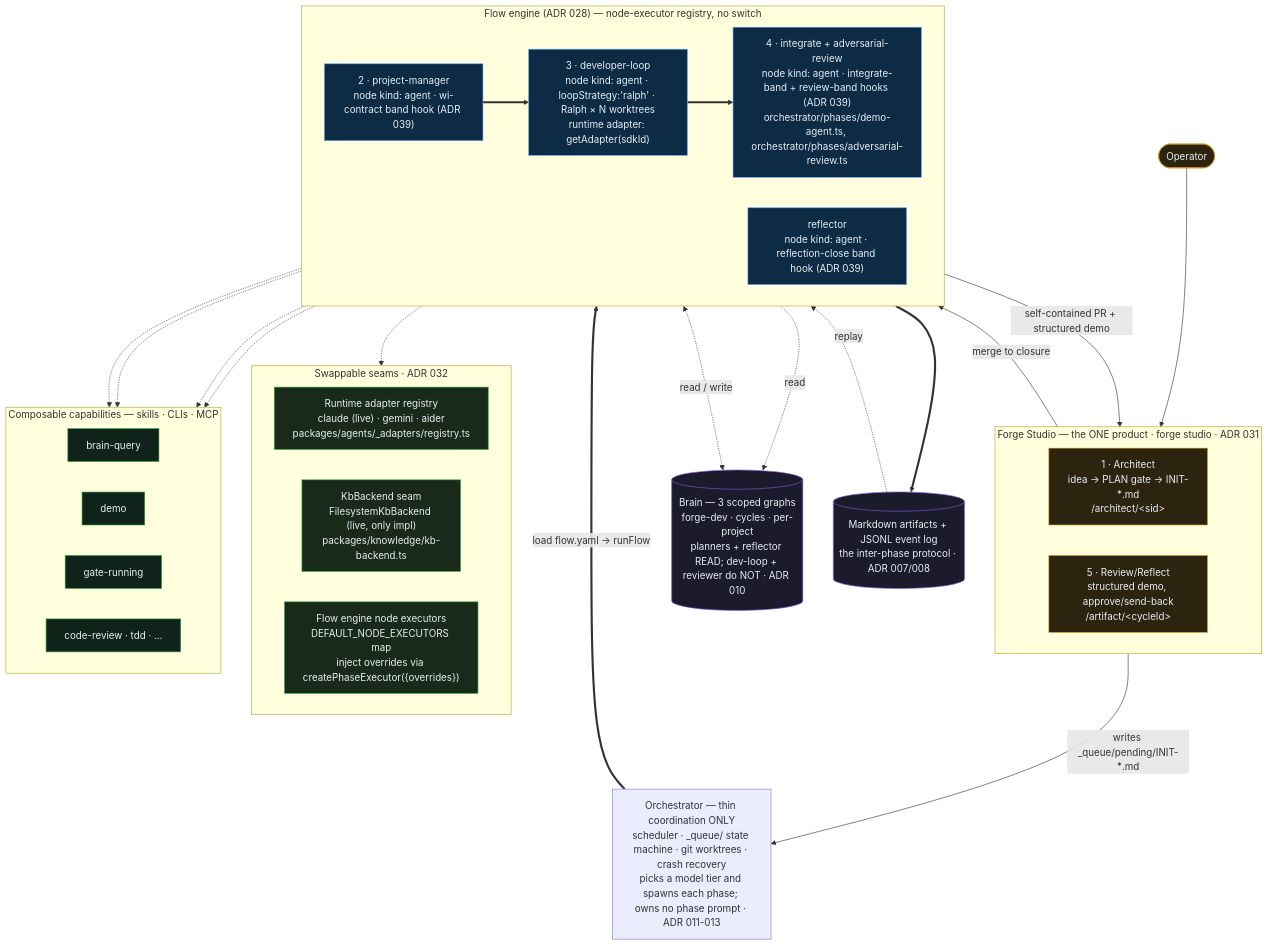
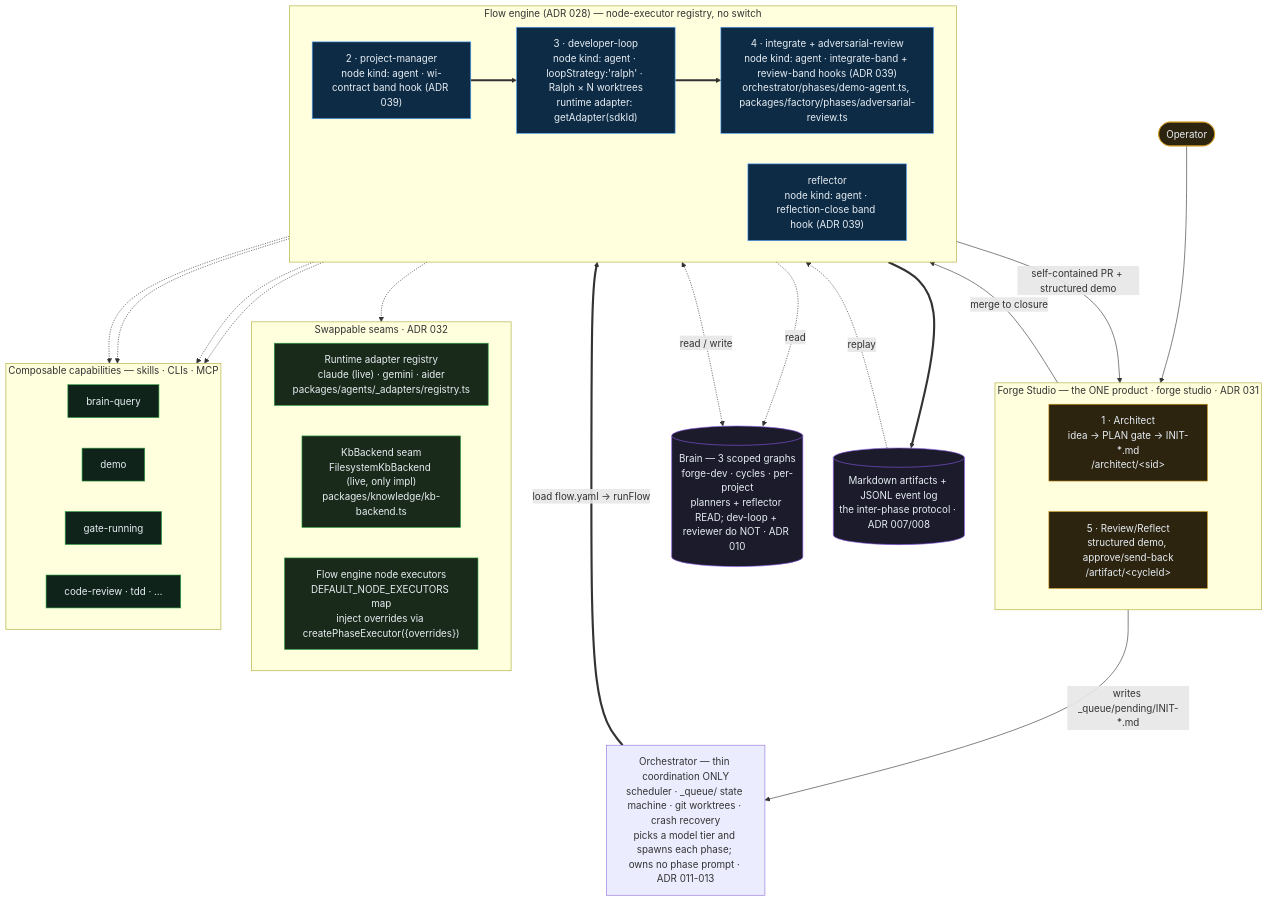
Before and after one commit to parsoFish/forge-studio: the diagram in ARCHITECTURE.md, drawn with Mermaid. The commit also changed other lines of this file and 476 other files, not shown here.

````diff
--- a/ARCHITECTURE.md
+++ b/ARCHITECTURE.md
@@ -53,65 +53,65 @@
 ```mermaid
 flowchart TB
     OP(["Operator"])
 
     subgraph STUDIO["Forge Studio — the ONE product · forge studio · ADR 031"]
         direction LR
         AR["1 · Architect<br/>idea → PLAN gate → INIT-*.md<br/>/architect/&lt;sid&gt;"]
         RV["5 · Review/Reflect<br/>structured demo, approve/send-back<br/>/artifact/&lt;cycleId&gt;"]
     end
 
     ORCH["Orchestrator — thin coordination ONLY<br/>scheduler · _queue/ state machine · git worktrees · crash recovery<br/>picks a model tier and spawns each phase; owns no phase prompt · ADR 011-013"]
 
     subgraph ENGINE["Flow engine (ADR 028) — node-executor registry, no switch"]
         direction LR
         PM["2 · project-manager<br/>node kind: agent · wi-contract band hook (ADR 039)"]
         DV["3 · developer-loop<br/>node kind: agent · loopStrategy:'ralph' · Ralph × N worktrees<br/>runtime adapter: getAdapter(sdkId)"]
-        UN["4 · integrate + adversarial-review<br/>node kind: agent · integrate-band + review-band hooks (ADR 039)<br/>orchestrator/phases/demo-agent.ts, orchestrator/phases/adversarial-review.ts"]
+        UN["4 · integrate + adversarial-review<br/>node kind: agent · integrate-band + review-band hooks (ADR 039)<br/>orchestrator/phases/demo-agent.ts, packages/factory/phases/adversarial-review.ts"]
         RFL["reflector<br/>node kind: agent · reflection-close band hook (ADR 039)"]
     end
 
     subgraph SEAMS["Swappable seams · ADR 032"]
         direction LR
         RA["Runtime adapter registry<br/>claude (live) · gemini · aider<br/>packages/agents/_adapters/registry.ts"]
         KB["KbBackend seam<br/>FilesystemKbBackend (live, only impl)<br/>packages/knowledge/kb-backend.ts"]
         FE["Flow engine node executors<br/>DEFAULT_NODE_EXECUTORS map<br/>inject overrides via createPhaseExecutor({overrides})"]
     end
 
     subgraph CAP["Composable capabilities — skills · CLIs · MCP"]
         direction LR
         C1["brain-query"]
         C2["demo"]
         C3["gate-running"]
         C4["code-review · tdd · …"]
     end
 
     BRAIN[("Brain — 3 scoped graphs<br/>forge-dev · cycles · per-project<br/>planners + reflector READ; dev-loop + reviewer do NOT · ADR 010")]
     LOG[("Markdown artifacts + JSONL event log<br/>the inter-phase protocol · ADR 007/008")]
 
     OP --> STUDIO
     AR -->|"writes _queue/pending/INIT-*.md"| ORCH
     ORCH ==>|"load flow.yaml → runFlow"| PM
     PM ==> DV ==> UN
     UN -->|"self-contained PR + structured demo"| RV
     RV -->|"merge to closure"| RFL
     ENGINE -.-> SEAMS
     PM -.-> CAP
     DV -.-> CAP
     UN -.-> CAP
     RFL -.-> CAP
     PM -.->|read| BRAIN
     RFL <-.->|read / write| BRAIN
     ENGINE ==> LOG
     LOG -.->|replay| RFL
 
     classDef agent fill:#0d2b45,stroke:#58a6ff,color:#e6edf3;
     classDef seam fill:#1a2a1a,stroke:#2ea043,color:#e6edf3;
     classDef cap fill:#10231a,stroke:#2ea043,color:#e6edf3;
     classDef store fill:#1b1b2b,stroke:#8957e5,color:#e6edf3;
     classDef human fill:#2d2410,stroke:#d29922,color:#e6edf3;
     class PM,DV,UN,RFL agent;
     class RA,KB,FE seam;
     class C1,C2,C3,C4 cap;
     class BRAIN,LOG store;
     class OP,AR,RV human;
 ```
````
